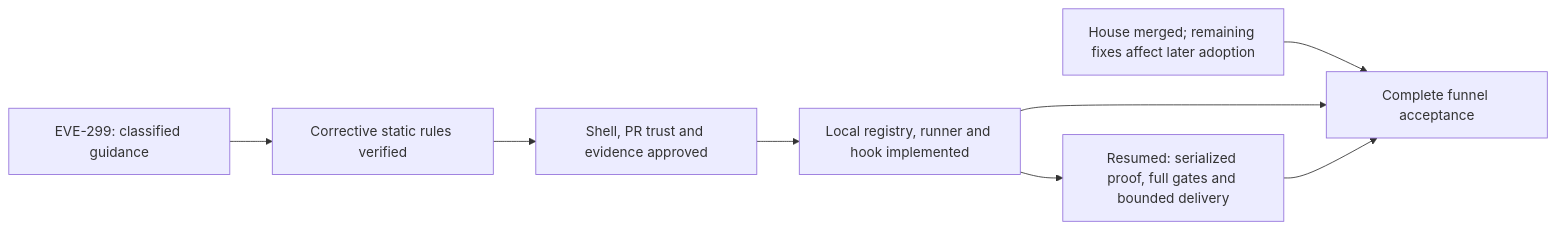
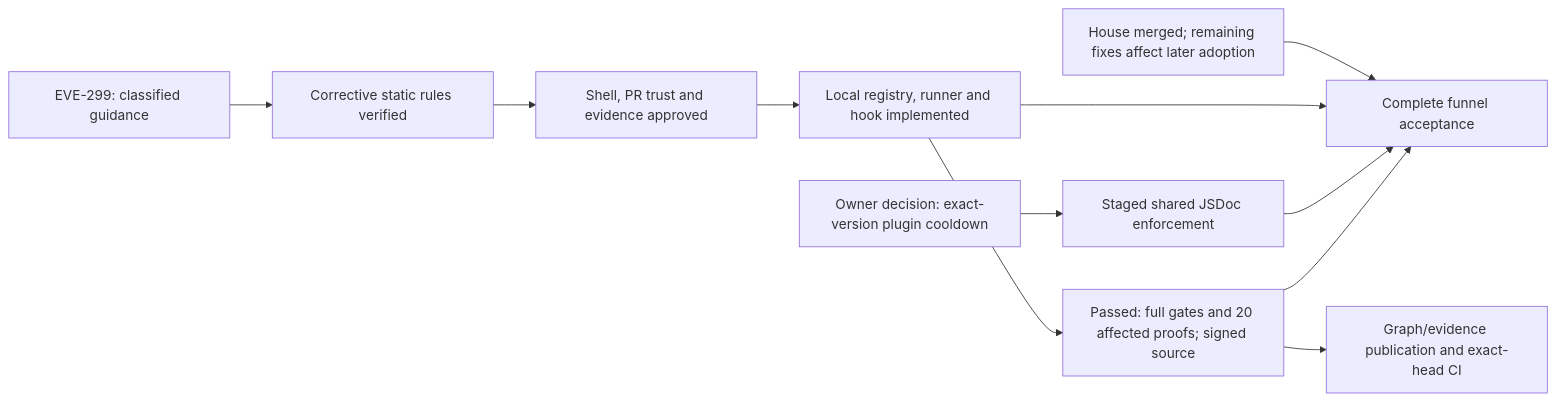
Before and after one commit to Resnovas/Eventiva: the third of 46 diagrams in docs/planning/timeline.md, drawn with Mermaid. The commit also changed other lines of this file and 2 other files, not shown here.

Commit message:
chore(graphify): refresh the verified funnel graph and evidence
Record serialized acceptance and the separate shared-rule cooldown prerequisite. Refresh the code graph from the staged source without build output.

Refs: EVE-299, Resnovas/Eventiva#1092, RES-66

````diff
--- a/docs/planning/timeline.md
+++ b/docs/planning/timeline.md
@@ -79,10 +81,13 @@
 ```mermaid
 flowchart LR
     FunnelReview["EVE-299: classified guidance"] --> StaticSlice["Corrective static rules verified"]
     StaticSlice --> OwnerChoices["Shell, PR trust and evidence approved"]
     OwnerChoices --> FeatureProof["Local registry, runner and hook implemented"]
     HouseSource["House merged; remaining fixes affect later adoption"] --> FullFunnel["Complete funnel acceptance"]
     FeatureProof --> FullFunnel
-    FeatureProof --> Delivery["Resumed: serialized proof, full gates and bounded delivery"]
+    FeatureProof --> Delivery["Passed: full gates and 20 affected proofs; signed source"]
+    Delivery --> Publication["Graph/evidence publication and exact-head CI"]
+    Cooldown["Owner decision: exact-version plugin cooldown"] --> SharedRules["Staged shared JSDoc enforcement"]
+    SharedRules --> FullFunnel
     Delivery --> FullFunnel
 ```
````
